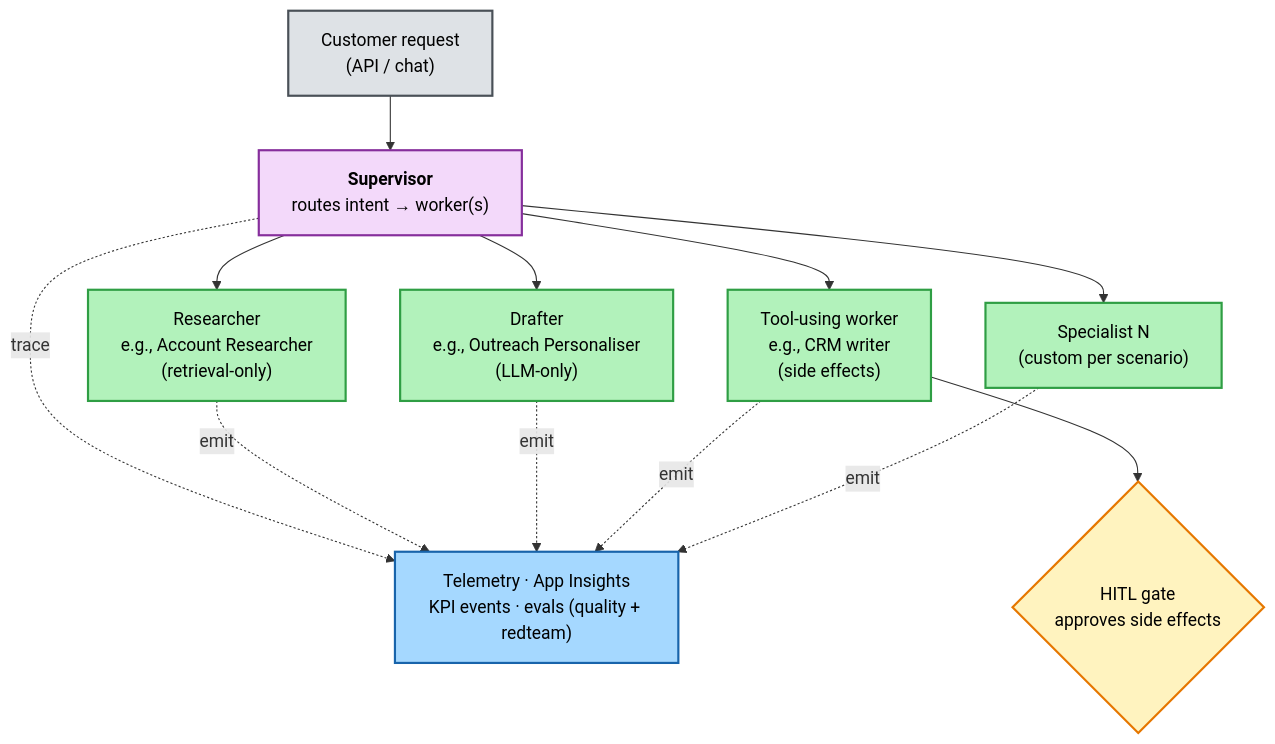
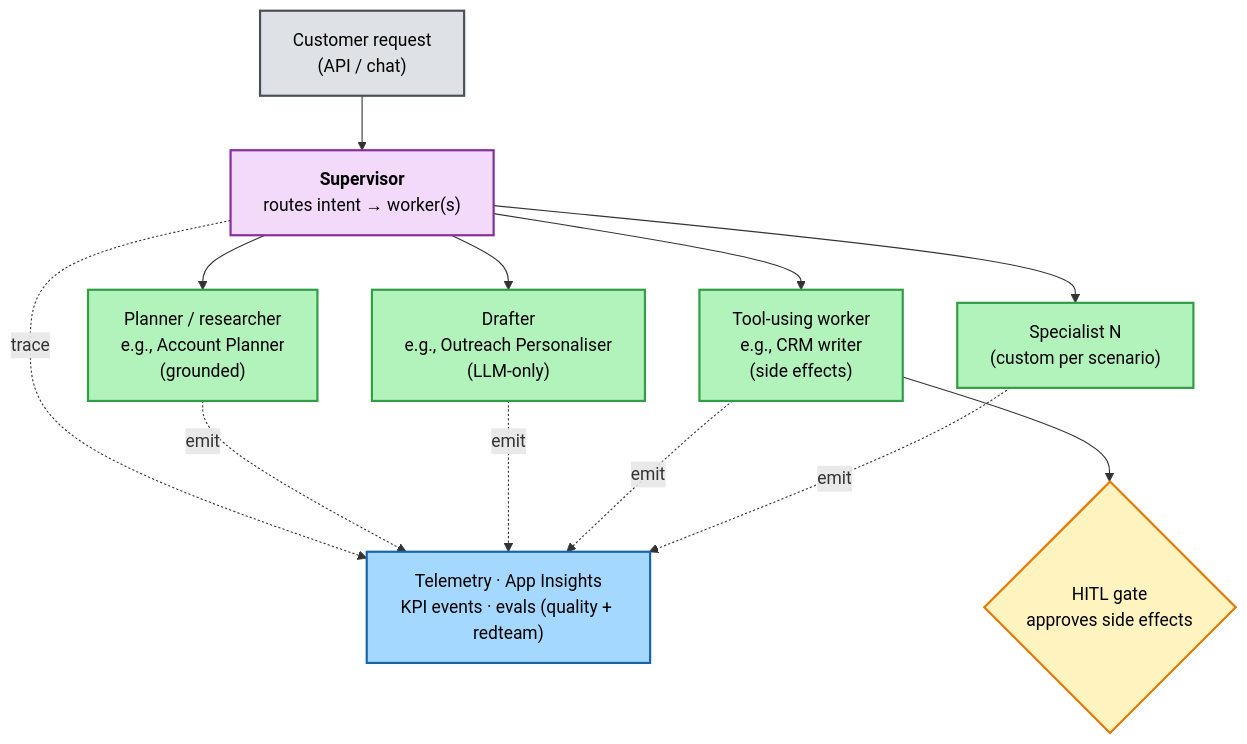
The diagram in docs/start/ready/01-get-oriented.md (jlangley11/agentic-ai-solution-accelerator), drawn with Mermaid before and after one commit. The commit also changed other lines of this file and 168 other files, not shown here.

````diff
--- a/docs/start/ready/01-get-oriented.md
+++ b/docs/start/ready/01-get-oriented.md
@@ -26,20 +26,20 @@
 ```mermaid
 flowchart TB
     classDef user fill:#dee2e6,stroke:#495057,stroke-width:2px,color:#000
     classDef sup fill:#f3d9fa,stroke:#862e9c,stroke-width:2px,color:#000
     classDef worker fill:#b2f2bb,stroke:#2f9e44,stroke-width:2px,color:#000
     classDef hitl fill:#fff3bf,stroke:#e67700,stroke-width:2px,color:#000
     classDef tel fill:#a5d8ff,stroke:#1864ab,stroke-width:2px,color:#000
 
     U["Customer request<br/>(API / chat)"]:::user --> S["<b>Supervisor</b><br/>routes intent → worker(s)"]:::sup
-    S --> W1["Researcher<br/>e.g., Account Researcher<br/>(retrieval-only)"]:::worker
+    S --> W1["Planner / researcher<br/>e.g., Account Planner<br/>(grounded)"]:::worker
     S --> W2["Drafter<br/>e.g., Outreach Personaliser<br/>(LLM-only)"]:::worker
     S --> W3["Tool-using worker<br/>e.g., CRM writer<br/>(side effects)"]:::worker
     S --> W4["Specialist N<br/>(custom per scenario)"]:::worker
     W3 --> H{"HITL gate<br/>approves side effects"}:::hitl
     S -. trace .-> T["Telemetry · App Insights<br/>KPI events · evals (quality + redteam)"]:::tel
     W1 -. emit .-> T
     W2 -. emit .-> T
     W3 -. emit .-> T
     W4 -. emit .-> T
 ```
````
